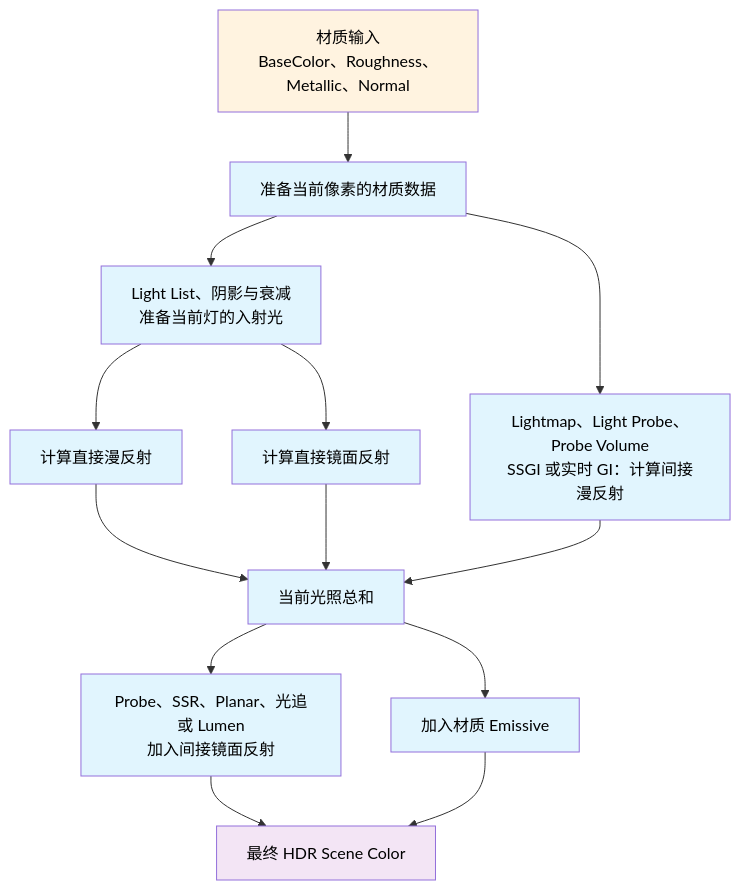
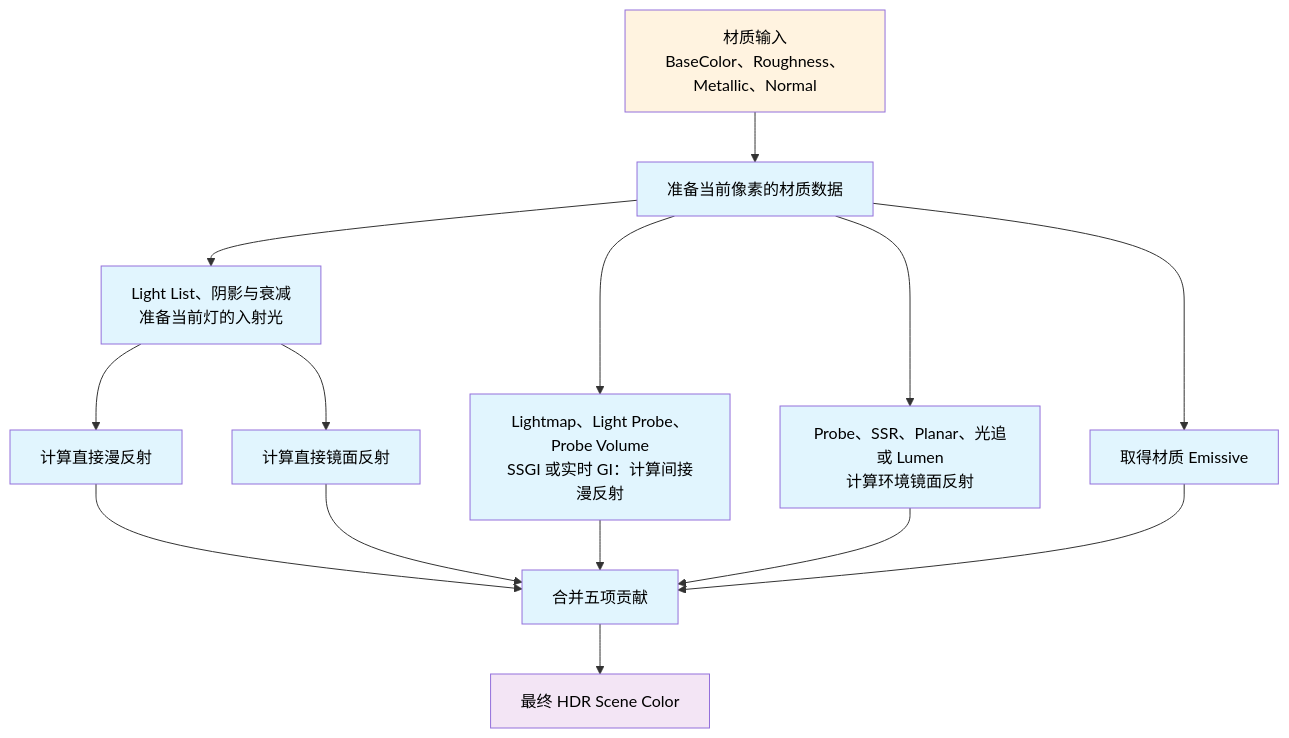
The first of 10 diagrams in content/posts/游戏光照统一框架：从光传输方程到实时实现/index.md (mr0ptimist/mr0ptimist.github.io), drawn with Mermaid before and after one commit. The commit also changed other lines of this file and 2 other files, not shown here.

````diff
--- a/content/posts/游戏光照统一框架：从光传输方程到实时实现/index.md
+++ b/content/posts/游戏光照统一框架：从光传输方程到实时实现/index.md
@@ -27,21 +27,22 @@
 ```mermaid
 flowchart TD
     A["材质输入<br/>BaseColor、Roughness、Metallic、Normal"] --> B["准备当前像素的材质数据"]
     B --> C["Light List、阴影与衰减<br/>准备当前灯的入射光"]
     B --> D["Lightmap、Light Probe、Probe Volume<br/>SSGI 或实时 GI：计算间接漫反射"]
     C --> C1["计算直接漫反射"]
     C --> C2["计算直接镜面反射"]
-    C1 --> E["当前光照总和"]
+    C1 --> E["合并五项贡献"]
     C2 --> E
     D --> E
-    E --> F["Probe、SSR、Planar、光追或 Lumen<br/>加入间接镜面反射"]
-    E --> G["加入材质 Emissive"]
-    F --> H["最终 HDR Scene Color"]
-    G --> H
+    B --> F["Probe、SSR、Planar、光追或 Lumen<br/>计算环境镜面反射"]
+    B --> G["取得材质 Emissive"]
+    F --> E
+    G --> E
+    E --> H["最终 HDR Scene Color"]
     classDef io fill:#fff3e0,color:#000
     classDef proc fill:#e1f5fe,color:#000
     classDef result fill:#f3e5f5,color:#000
     class A io
     class B,C,C1,C2,D,E,F,G proc
     class H result
 ```
````
